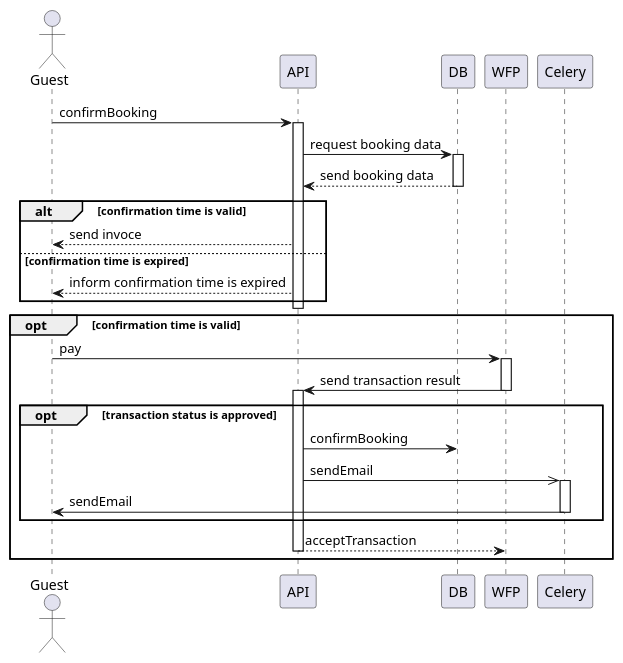
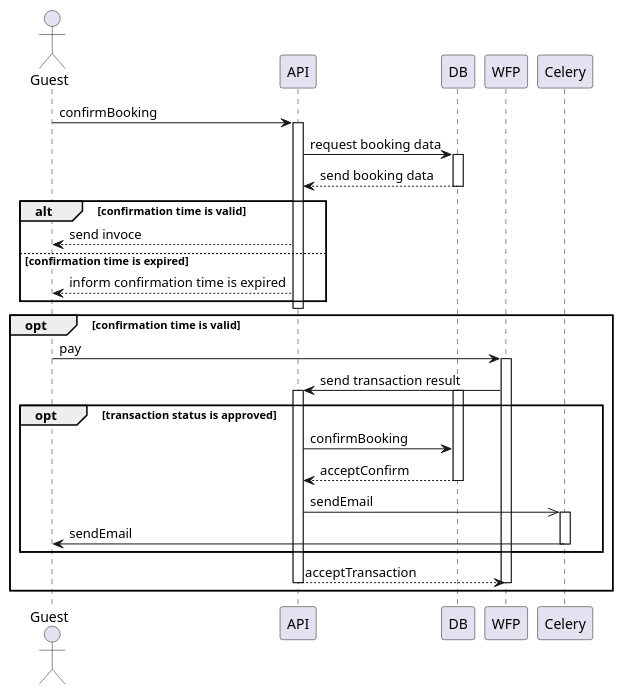
Before and after one commit to opvlad/kpi-mavpz: the diagram in lab3/sequence-1.md, drawn with PlantUML.

Commit message:
fix: sequence-1 DB response, WFP activation bar

````diff
--- a/lab3/sequence-1.md
+++ b/lab3/sequence-1.md
@@ -2,39 +2,42 @@
 ```plantuml
 @startuml
 
 actor Guest as guest
 
 guest -> API : confirmBooking
 
 activate API
 API -> DB : request booking data
 activate DB
 DB --> API : send booking data
 deactivate DB
 
 alt confirmation time is valid
 API --> guest : send invoce
 else confirmation time is expired
 API --> guest : inform confirmation time is expired
 end
 deactivate API
 
 opt confirmation time is valid
 guest -> WFP : pay
 activate WFP
 WFP -> API : send transaction result
-deactivate WFP
 activate API
 opt transaction status is approved
+activate DB
 API -> DB : confirmBooking
+DB --> API : acceptConfirm
+deactivate DB
 API ->> Celery : sendEmail
 activate Celery
 Celery -> guest : sendEmail
 deactivate Celery
 end
 API --> WFP : acceptTransaction
+deactivate WFP
 deactivate API
 end
 
 @enduml
 ```
````
